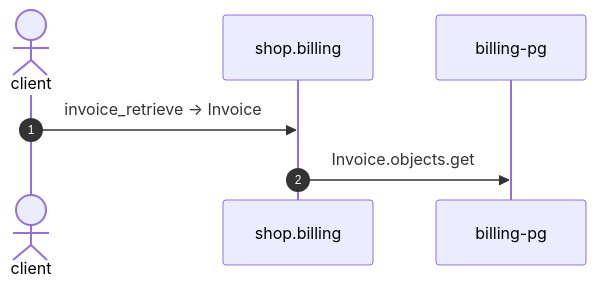
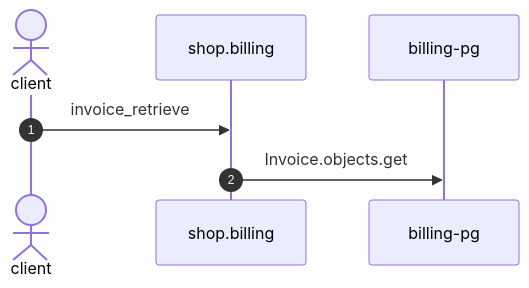
Before and after one commit to shortlink-org/portolan: the diagram in exports/mermaid/billing-invoice-retrieve.mmd, drawn with Mermaid. The commit also changed 172 other files, not shown here.

```diff
--- a/exports/mermaid/billing-invoice-retrieve.mmd
+++ b/exports/mermaid/billing-invoice-retrieve.mmd
@@ -1,7 +1,7 @@
 sequenceDiagram
     autonumber
     actor p0 as client
     participant p1 as shop.billing
     participant p2 as billing-pg
-    p0->>p1: invoice_retrieve → Invoice
+    p0->>p1: invoice_retrieve
     p1->>p2: Invoice.objects.get
```
